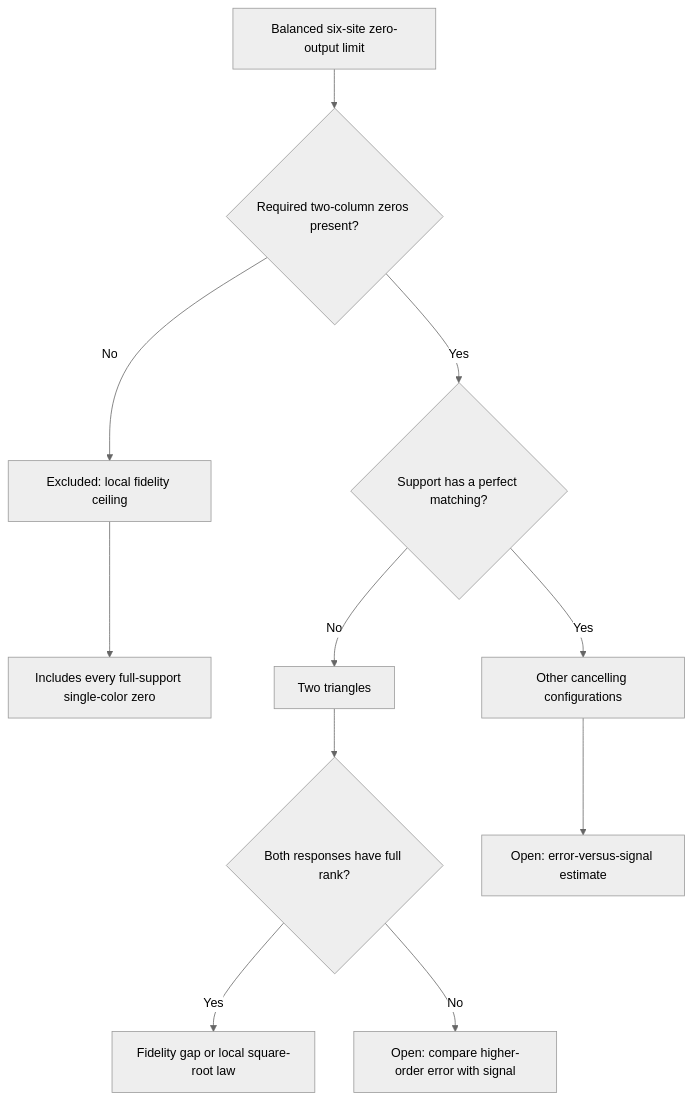
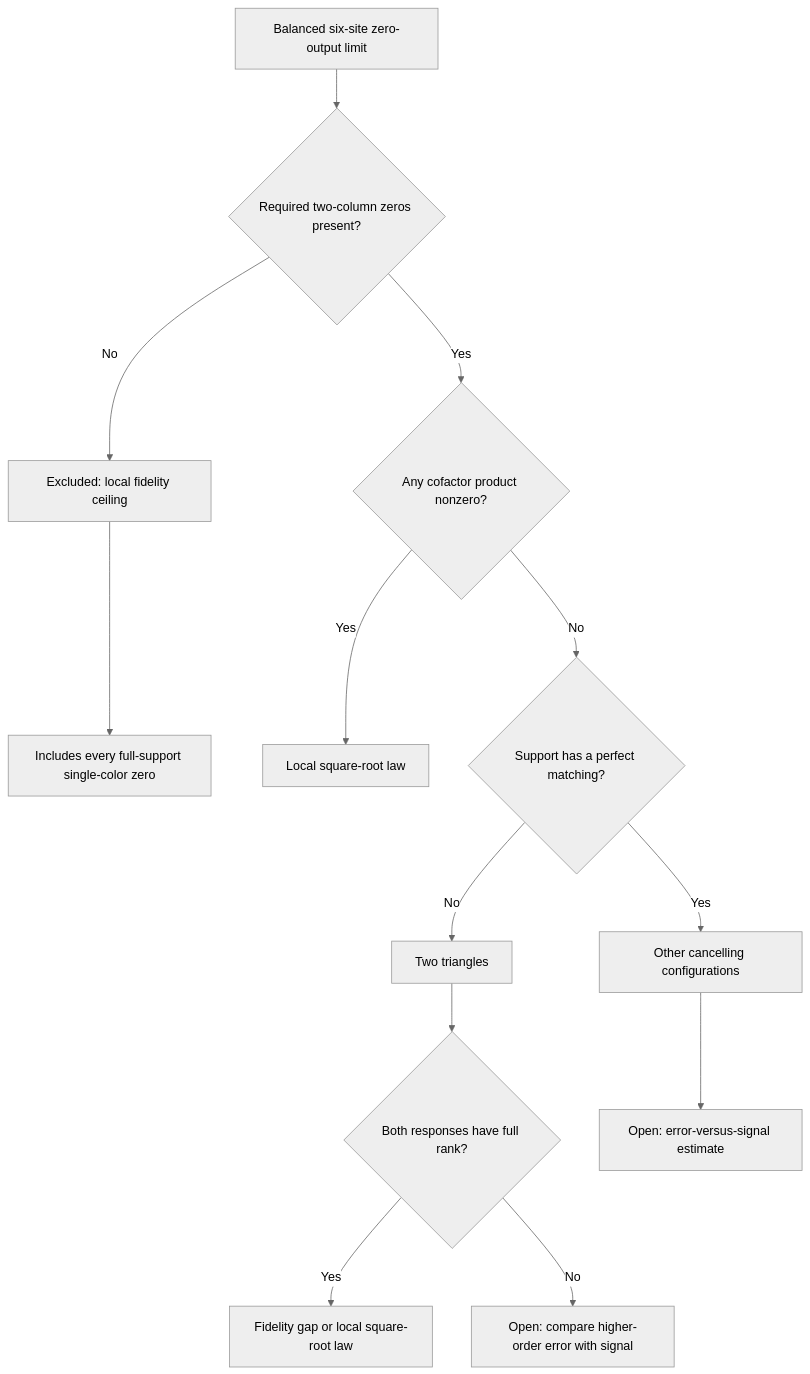
The diagram in research/ghz-rates/README.md (rrajasek95/krenn-conjecture), drawn with Mermaid (neutral theme) before and after one commit. The commit also changed other lines of this file and 14 other files, not shown here.

Commit message:
Prove cofactor square-root criteria and close balanced single-color limits

```diff
--- a/research/ghz-rates/README.md
+++ b/research/ghz-rates/README.md
@@ -61,13 +62,15 @@
 ~~~mermaid
 flowchart TD
     A["Balanced six-site zero-output limit"] --> Z{"Required two-column zeros present?"}
     Z -->|No| X["Excluded: local fidelity ceiling"]
     X --> Y["Includes every full-support single-color zero"]
-    Z -->|Yes| B{"Support has a perfect matching?"}
+    Z -->|Yes| K{"Any cofactor product nonzero?"}
+    K -->|Yes| Q["Local square-root law"]
+    K -->|No| B{"Support has a perfect matching?"}
     B -->|No| C["Two triangles"]
     C --> D{"Both responses have full rank?"}
     D -->|Yes| E["Fidelity gap or local square-root law"]
     D -->|No| F["Open: compare higher-order error with signal"]
     B -->|Yes| G["Other cancelling configurations"]
     G --> L["Open: error-versus-signal estimate"]
 ~~~
```
